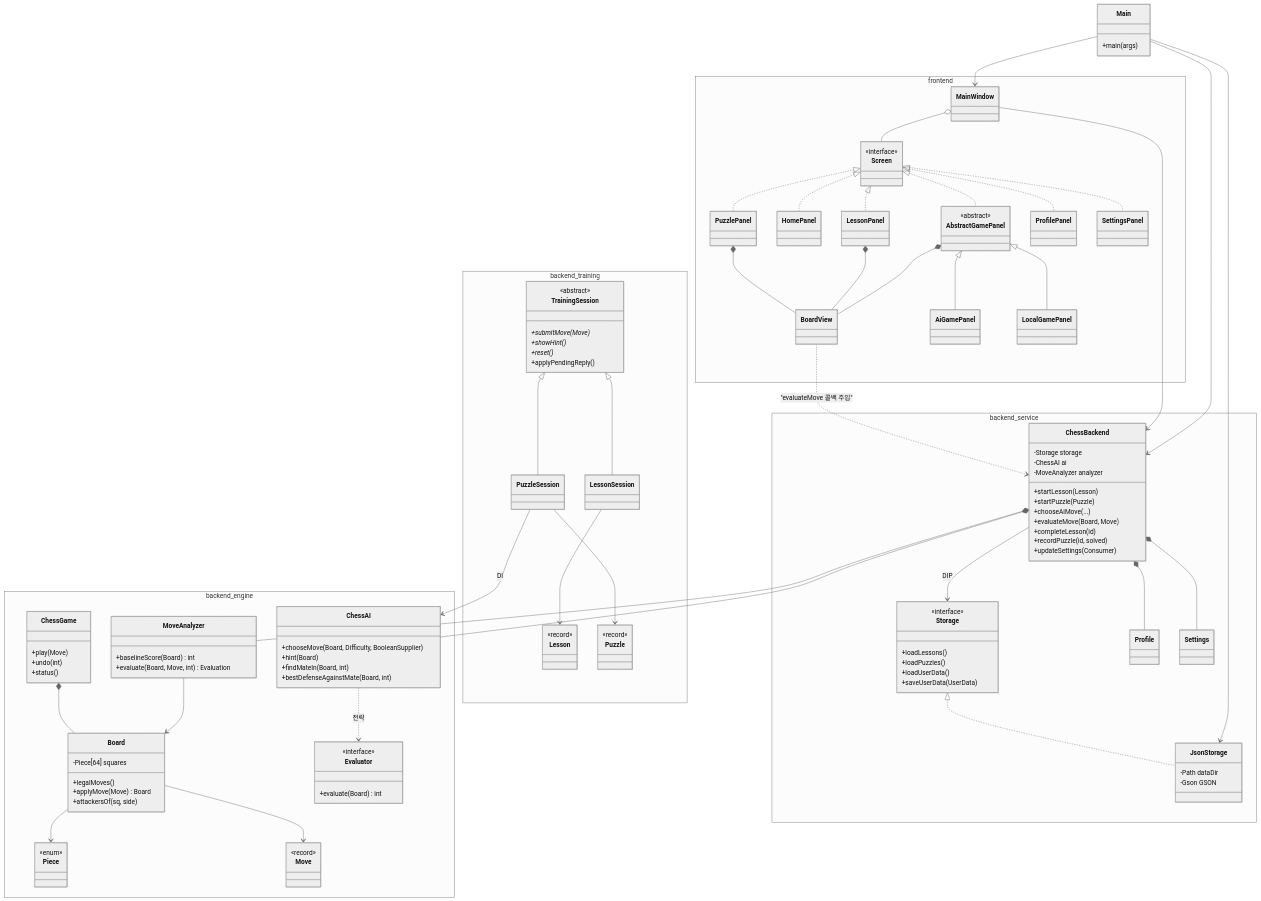
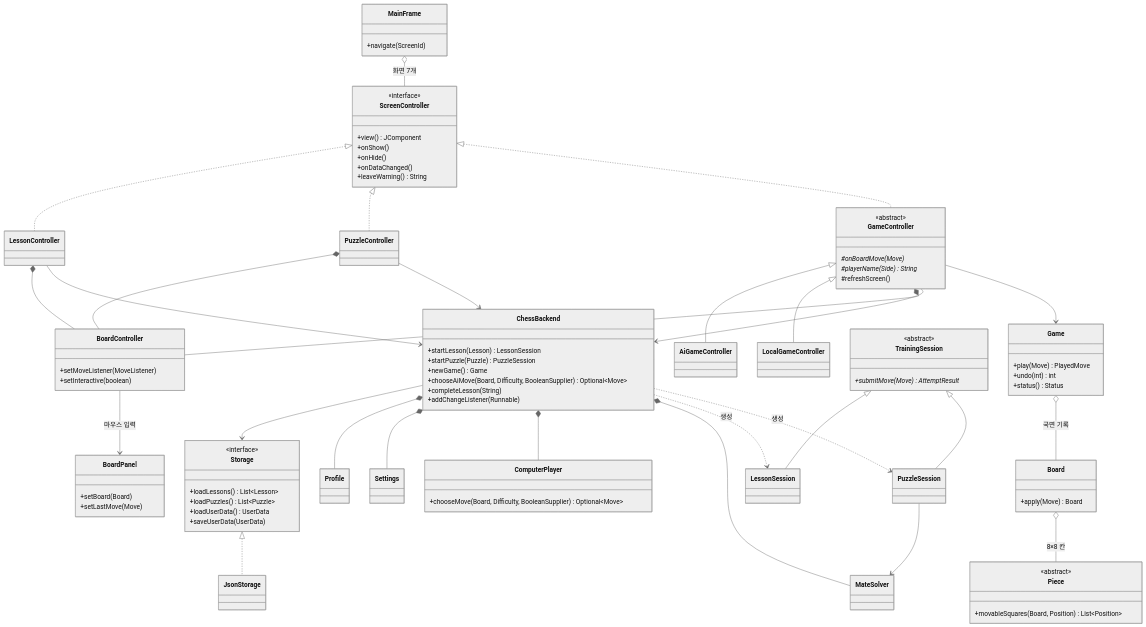
One commit to OOP-TeamA/chess-trainer changed the second of 6 diagrams in docs/architecture.md. Above: the diagram before and after it, drawn with Mermaid (neutral theme). The commit also changed other lines of this file and 3 other files, not shown here.

````diff
--- a/docs/architecture.md
+++ b/docs/architecture.md
@@ -29,130 +88,101 @@
 classDiagram
     direction TB
 
-    class Main {
-        +main(args)
+    class MainFrame {
+        +navigate(ScreenId)
+    }
+    class ScreenController {
+        <<interface>>
+        +view() JComponent
+        +onShow()
+        +onHide()
+        +onDataChanged()
+        +leaveWarning() String
+    }
+    class LessonController
+    class PuzzleController
+    class GameController {
+        <<abstract>>
+        #onBoardMove(Move)*
+        #playerName(Side)* String
+        #refreshScreen()
+    }
+    class AiGameController
+    class LocalGameController
+    class BoardController {
+        +setMoveListener(MoveListener)
+        +setInteractive(boolean)
+    }
+    class BoardPanel {
+        +setBoard(Board)
+        +setLastMove(Move)
+    }
+    class ChessBackend {
+        +startLesson(Lesson) LessonSession
+        +startPuzzle(Puzzle) PuzzleSession
+        +newGame() Game
+        +chooseAiMove(Board, Difficulty, BooleanSupplier) Optional~Move~
+        +completeLesson(String)
+        +addChangeListener(Runnable)
+    }
+    class Storage {
+        <<interface>>
+        +loadLessons() List~Lesson~
+        +loadPuzzles() List~Puzzle~
+        +loadUserData() UserData
+        +saveUserData(UserData)
+    }
+    class JsonStorage
+    class Profile
+    class Settings
+    class TrainingSession {
+        <<abstract>>
+        +submitMove(Move)* AttemptResult
+    }
+    class LessonSession
+    class PuzzleSession
+    class ComputerPlayer {
+        +chooseMove(Board, Difficulty, BooleanSupplier) Optional~Move~
+    }
+    class MateSolver
+    class Game {
+        +play(Move) PlayedMove
+        +undo(int) int
+        +status() Status
+    }
+    class Board {
+        +apply(Move) Board
+    }
+    class Piece {
+        <<abstract>>
+        +movableSquares(Board, Position) List~Position~
     }
 
-    namespace backend_engine {
-        class Piece { <<enum>> }
-        class Move { <<record>> }
-        class Board {
-            -Piece[64] squares
-            +legalMoves()
-            +applyMove(Move) Board
-            +attackersOf(sq, side)
-        }
-        class ChessGame {
-            +play(Move)
-            +undo(int)
-            +status()
-        }
-        class ChessAI {
-            +chooseMove(Board, Difficulty, BooleanSupplier)
-            +hint(Board)
-            +findMateIn(Board, int)
-            +bestDefenseAgainstMate(Board, int)
-        }
-        class Evaluator {
-            <<interface>>
-            +evaluate(Board) int
-        }
-        class MoveAnalyzer {
-            +baselineScore(Board) int
-            +evaluate(Board, Move, int) Evaluation
-        }
-    }
-
-    namespace backend_training {
-        class Lesson { <<record>> }
-        class Puzzle { <<record>> }
-        class TrainingSession {
-            <<abstract>>
-            +submitMove(Move)*
-            +showHint()*
-            +reset()*
-            +applyPendingReply()
-        }
-        class LessonSession
-        class PuzzleSession
-    }
-
-    namespace backend_service {
-        class Storage {
-            <<interface>>
-            +loadLessons()
-            +loadPuzzles()
-            +loadUserData()
-            +saveUserData(UserData)
-        }
-        class JsonStorage {
-            -Path dataDir
-            -Gson GSON
-        }
-        class ChessBackend {
-            -Storage storage
-            -ChessAI ai
-            -MoveAnalyzer analyzer
-            +startLesson(Lesson)
-            +startPuzzle(Puzzle)
-            +chooseAiMove(...)
-            +evaluateMove(Board, Move)
-            +completeLesson(id)
-            +recordPuzzle(id, solved)
-            +updateSettings(Consumer)
-        }
-        class Profile
-        class Settings
-    }
-
-    namespace frontend {
-        class Screen { <<interface>> }
-        class MainWindow
-        class BoardView
-        class AbstractGamePanel { <<abstract>> }
-        class AiGamePanel
-        class LocalGamePanel
-        class HomePanel
-        class LessonPanel
-        class PuzzlePanel
-        class ProfilePanel
-        class SettingsPanel
-    }
-
-    Main --> JsonStorage
-    Main --> ChessBackend
-    Main --> MainWindow
-
+    MainFrame o-- ScreenController : 화면 7개
+    ScreenController <|.. LessonController
+    ScreenController <|.. PuzzleController
+    ScreenController <|.. GameController
+    GameController <|-- AiGameController
+    GameController <|-- LocalGameController
+    LessonController *-- BoardController
+    PuzzleController *-- BoardController
+    GameController *-- BoardController
+    BoardController --> BoardPanel : 마우스 입력
+    LessonController --> ChessBackend
+    PuzzleController --> ChessBackend
+    GameController --> ChessBackend
+    GameController --> Game
+    ChessBackend --> Storage
     Storage <|.. JsonStorage
-    ChessBackend --> Storage : DIP
-    ChessBackend *-- ChessAI
-    ChessBackend *-- MoveAnalyzer
     ChessBackend *-- Profile
     ChessBackend *-- Settings
-    ChessAI ..> Evaluator : 전략
-    MoveAnalyzer --> Board
-    ChessGame *-- Board
-    Board --> Piece
-    Board --> Move
-
+    ChessBackend *-- ComputerPlayer
+    ChessBackend *-- MateSolver
+    ChessBackend ..> LessonSession : 생성
+    ChessBackend ..> PuzzleSession : 생성
     TrainingSession <|-- LessonSession
     TrainingSession <|-- PuzzleSession
-    LessonSession --> Lesson
-    PuzzleSession --> Puzzle
-    PuzzleSession --> ChessAI : DI
-
-    MainWindow o-- Screen
-    Screen <|.. HomePanel
-    Screen <|.. LessonPanel
-    Screen <|.. PuzzlePanel
-    Screen <|.. AbstractGamePanel
-    Screen <|.. ProfilePanel
-    Screen <|.. SettingsPanel
-    AbstractGamePanel <|-- AiGamePanel
-    AbstractGamePanel <|-- LocalGamePanel
-    AbstractGamePanel *-- BoardView
-    LessonPanel *-- BoardView
-    PuzzlePanel *-- BoardView
-    MainWindow --> ChessBackend
-    BoardView ..> ChessBackend : "evaluateMove 콜백 주입"
+    PuzzleSession --> MateSolver
+    Game o-- Board : 국면 기록
+    Board o-- Piece : 8×8 칸
 ```
````
